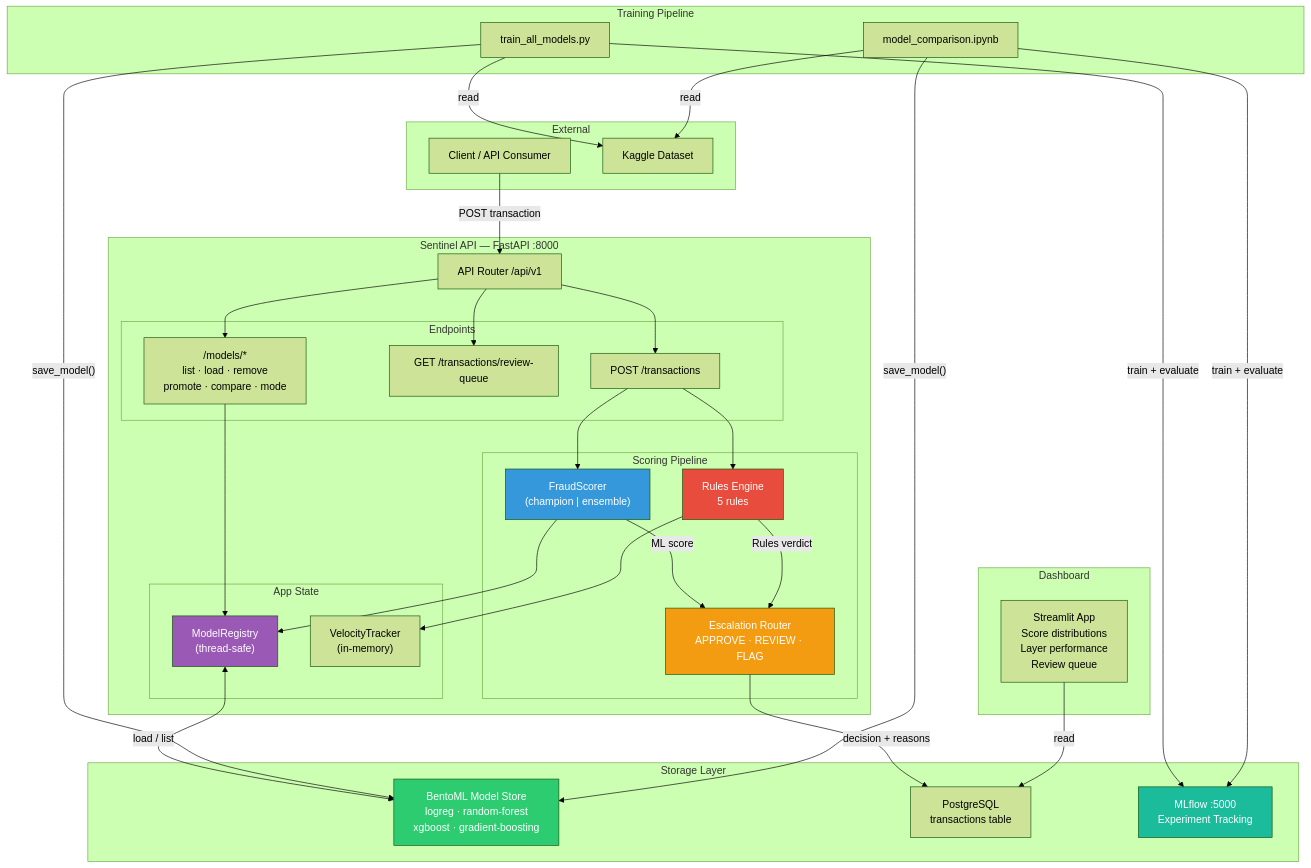
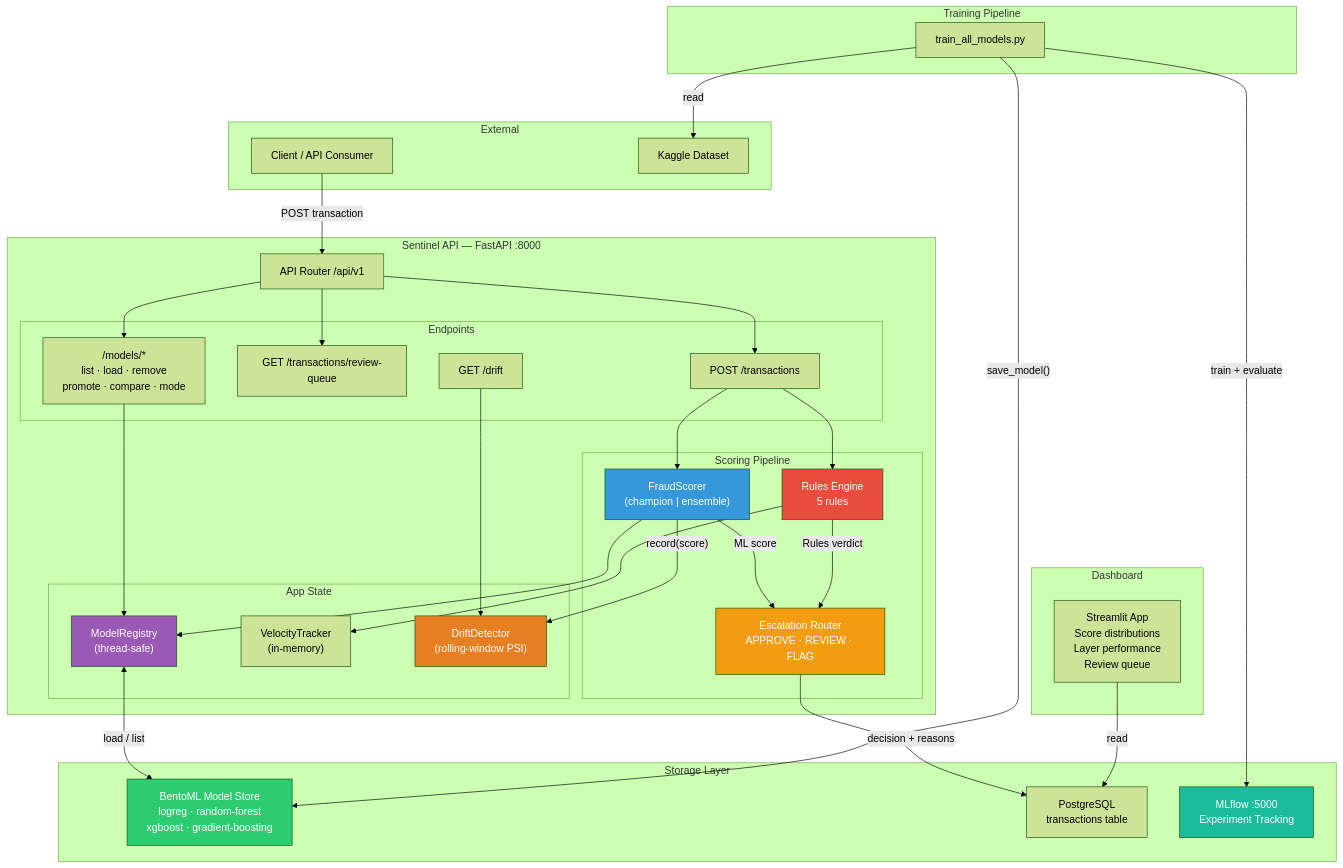
One commit to avatar296/sentinel changed the first of 3 diagrams in docs/architecture.md. Above: the diagram before and after it, drawn with Mermaid (forest theme). The commit also changed other lines of this file and 9 other files, not shown here.

````diff
--- a/docs/architecture.md
+++ b/docs/architecture.md
@@ -5,76 +5,77 @@
 ```mermaid
 graph TB
     subgraph External["External"]
         Client["Client / API Consumer"]
         Kaggle["Kaggle Dataset"]
     end
 
     subgraph Training["Training Pipeline"]
         Script["train_all_models.py"]
-        Notebook["model_comparison.ipynb"]
     end
 
     subgraph Serving["Sentinel API  —  FastAPI :8000"]
         Router["API Router /api/v1"]
 
         subgraph Endpoints["Endpoints"]
             TxnAPI["POST /transactions"]
             ReviewAPI["GET /transactions/review-queue"]
             ModelsAPI["/models/*<br/>list · load · remove<br/>promote · compare · mode"]
+            DriftAPI["GET /drift"]
         end
 
         subgraph Core["Scoring Pipeline"]
             Scorer["FraudScorer<br/>(champion | ensemble)"]
             Rules["Rules Engine<br/>5 rules"]
             Escalation["Escalation Router<br/>APPROVE · REVIEW · FLAG"]
         end
 
         subgraph State["App State"]
             Registry["ModelRegistry<br/>(thread-safe)"]
             Velocity["VelocityTracker<br/>(in-memory)"]
+            Drift["DriftDetector<br/>(rolling-window PSI)"]
         end
     end
 
     subgraph Storage["Storage Layer"]
         BentoML["BentoML Model Store<br/>logreg · random-forest<br/>xgboost · gradient-boosting"]
         Postgres["PostgreSQL<br/>transactions table"]
         MLflow["MLflow :5000<br/>Experiment Tracking"]
     end
 
     subgraph Dashboard["Dashboard"]
         Streamlit["Streamlit App<br/>Score distributions<br/>Layer performance<br/>Review queue"]
     end
 
     Client -->|"POST transaction"| Router
     Router --> TxnAPI
     Router --> ReviewAPI
     Router --> ModelsAPI
 
     TxnAPI --> Scorer
     TxnAPI --> Rules
     Scorer -->|"ML score"| Escalation
     Rules -->|"Rules verdict"| Escalation
     Escalation -->|"decision + reasons"| Postgres
 
     Scorer --> Registry
     Rules --> Velocity
+    Scorer -->|"record(score)"| Drift
+    DriftAPI --> Drift
     ModelsAPI --> Registry
 
     Registry <-->|"load / list"| BentoML
 
     Script -->|"train + evaluate"| MLflow
     Script -->|"save_model()"| BentoML
-    Notebook -->|"train + evaluate"| MLflow
-    Notebook -->|"save_model()"| BentoML
     Script -->|"read"| Kaggle
-    Notebook -->|"read"| Kaggle
 
     Streamlit -->|"read"| Postgres
 
     style Scorer fill:#3498db,color:#fff
     style Rules fill:#e74c3c,color:#fff
     style Escalation fill:#f39c12,color:#fff
     style Registry fill:#9b59b6,color:#fff
     style BentoML fill:#2ecc71,color:#fff
     style MLflow fill:#1abc9c,color:#fff
+    style Drift fill:#e67e22,color:#fff
 ```
````
